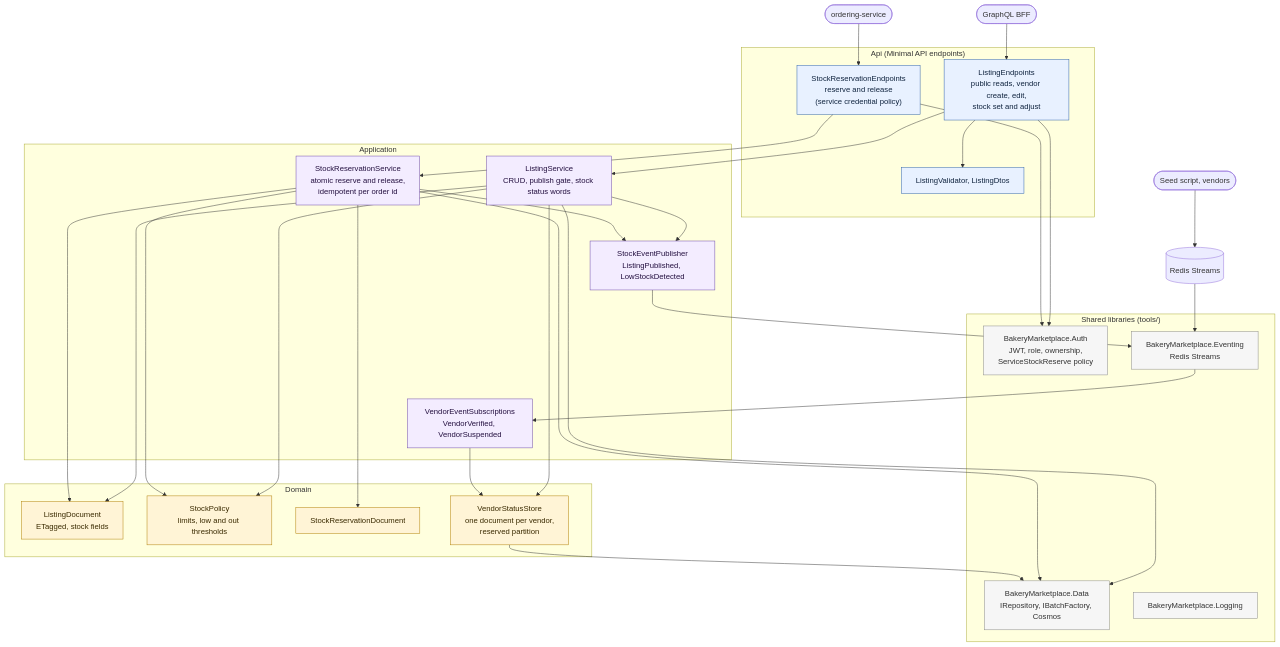
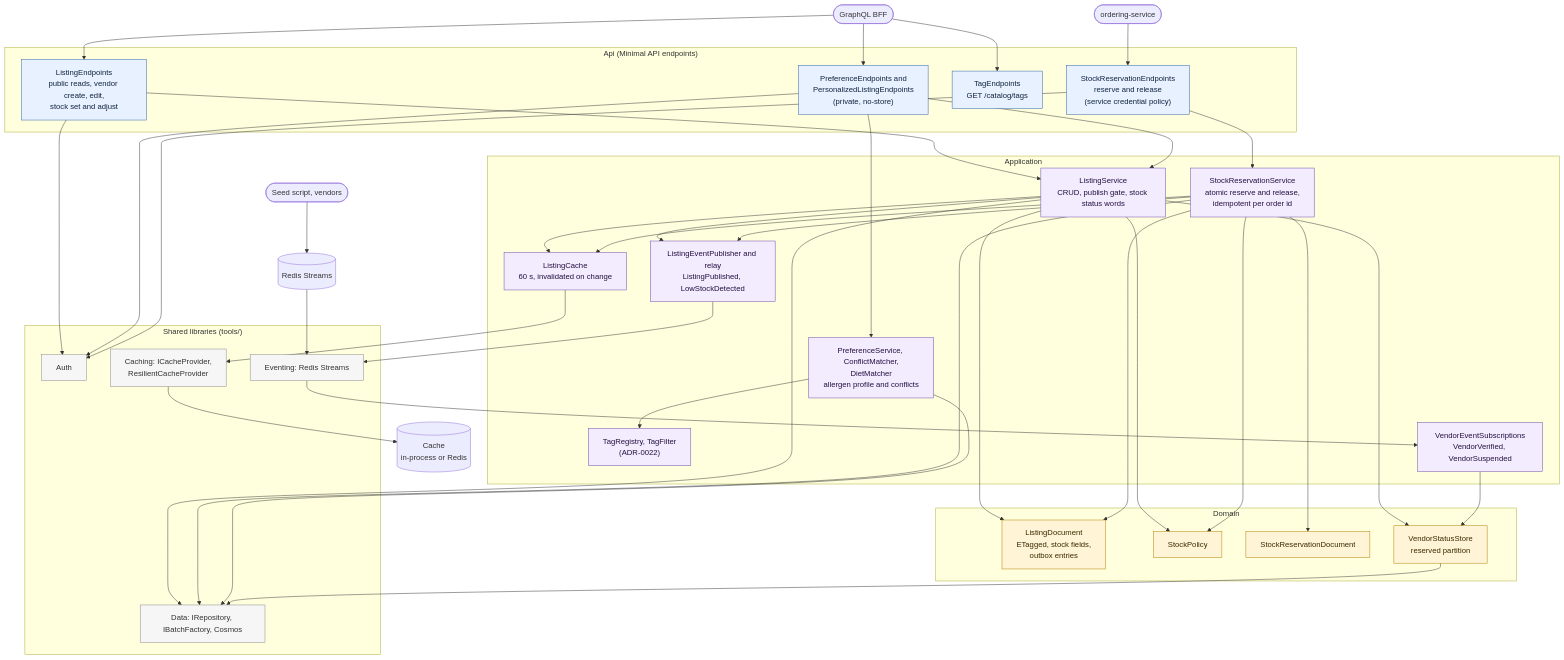
The second of 3 diagrams in docs/architecture/c4/component-services.md (benjamin-hedrick/bakery-marketplace), drawn with Mermaid before and after one commit. The commit also changed other lines of this file and 5 other files, not shown here.

First line of the commit message:
Folder pass, architecture: C4 container and component pages redrawn to the built services; DDD built state; threat model rows brought up to date (register 93, pre-publish gaps)

````diff
--- a/docs/architecture/c4/component-services.md
+++ b/docs/architecture/c4/component-services.md
@@ -111,60 +133,75 @@
     ORD(["ordering-service"])
     SEED(["Seed script, vendors"])
     REDIS[("Redis Streams")]
+    CACHE[("Cache<br/>in-process or Redis")]
 
     subgraph API["Api (Minimal API endpoints)"]
         LE["ListingEndpoints<br/>public reads, vendor create, edit,<br/>stock set and adjust"]
+        PE["PreferenceEndpoints and<br/>PersonalizedListingEndpoints<br/>(private, no-store)"]
+        TE["TagEndpoints<br/>GET /catalog/tags"]
         SE["StockReservationEndpoints<br/>reserve and release<br/>(service credential policy)"]
-        LV["ListingValidator, ListingDtos"]
     end
 
     subgraph APP["Application"]
         LS["ListingService<br/>CRUD, publish gate, stock status words"]
+        LC["ListingCache<br/>60 s, invalidated on change"]
         SRS["StockReservationService<br/>atomic reserve and release,<br/>idempotent per order id"]
-        SEP["StockEventPublisher<br/>ListingPublished, LowStockDetected"]
+        PS["PreferenceService, ConflictMatcher,<br/>DietMatcher<br/>allergen profile and conflicts"]
+        TR["TagRegistry, TagFilter<br/>(ADR-0022)"]
+        LEP["ListingEventPublisher and relay<br/>ListingPublished, LowStockDetected"]
         VES["VendorEventSubscriptions<br/>VendorVerified, VendorSuspended"]
     end
 
     subgraph DOM["Domain"]
-        LD["ListingDocument<br/>ETagged, stock fields"]
-        SP["StockPolicy<br/>limits, low and out thresholds"]
+        LD["ListingDocument<br/>ETagged, stock fields,<br/>outbox entries"]
+        SP["StockPolicy"]
         SRD["StockReservationDocument"]
-        VS["VendorStatusStore<br/>one document per vendor,<br/>reserved partition"]
+        VST["VendorStatusStore<br/>reserved partition"]
     end
 
     subgraph SH["Shared libraries (tools/)"]
-        AUTH["BakeryMarketplace.Auth<br/>JWT, role, ownership,<br/>ServiceStockReserve policy"]
-        DATA["BakeryMarketplace.Data<br/>IRepository, IBatchFactory, Cosmos"]
-        EVT["BakeryMarketplace.Eventing<br/>Redis Streams"]
-        LOG["BakeryMarketplace.Logging"]
+        AUTH["Auth"]
+        DATA["Data: IRepository, IBatchFactory, Cosmos"]
+        EVT["Eventing: Redis Streams"]
+        CAC["Caching: ICacheProvider,<br/>ResilientCacheProvider"]
     end
 
     BFF --> LE
+    BFF --> PE
+    BFF --> TE
     ORD --> SE
     LE --> AUTH
+    PE --> AUTH
     SE --> AUTH
-    LE --> LV
     LE --> LS
-    SE --> SRS
+    PE --> PS
+    PE --> LS
+    LS --> LC
+    LC --> CAC
+    CAC --> CACHE
     LS --> LD
     LS --> SP
-    LS --> VS
+    LS --> VST
     LS --> DATA
-    LS --> SEP
+    LS --> LEP
+    SE --> SRS
     SRS --> LD
     SRS --> SRD
     SRS --> SP
     SRS --> DATA
-    SRS --> SEP
-    SEP --> EVT
+    SRS --> LEP
+    SRS --> LC
+    PS --> TR
+    PS --> DATA
+    LEP --> EVT
     SEED --> REDIS
     REDIS --> EVT
     EVT --> VES
-    VES --> VS
-    VS --> DATA
+    VES --> VST
+    VST --> DATA
 
-    class LE,SE,LV api
-    class LS,SRS,SEP,VES app
-    class LD,SP,SRD,VS domain
-    class AUTH,DATA,EVT,LOG shared
+    class LE,PE,TE,SE api
+    class LS,LC,SRS,PS,TR,LEP,VES app
+    class LD,SP,SRD,VST domain
+    class AUTH,DATA,EVT,CAC shared
 ```
````
